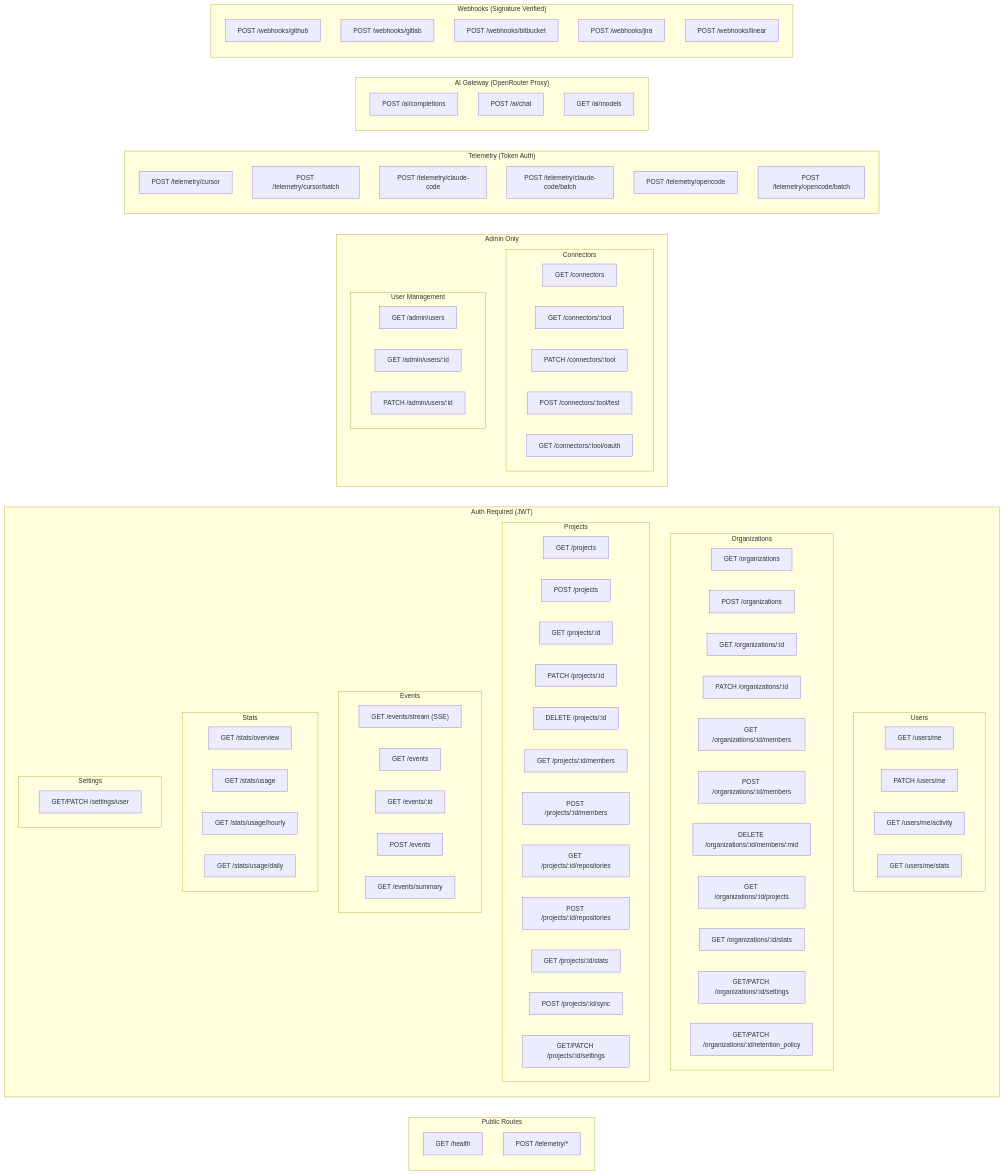
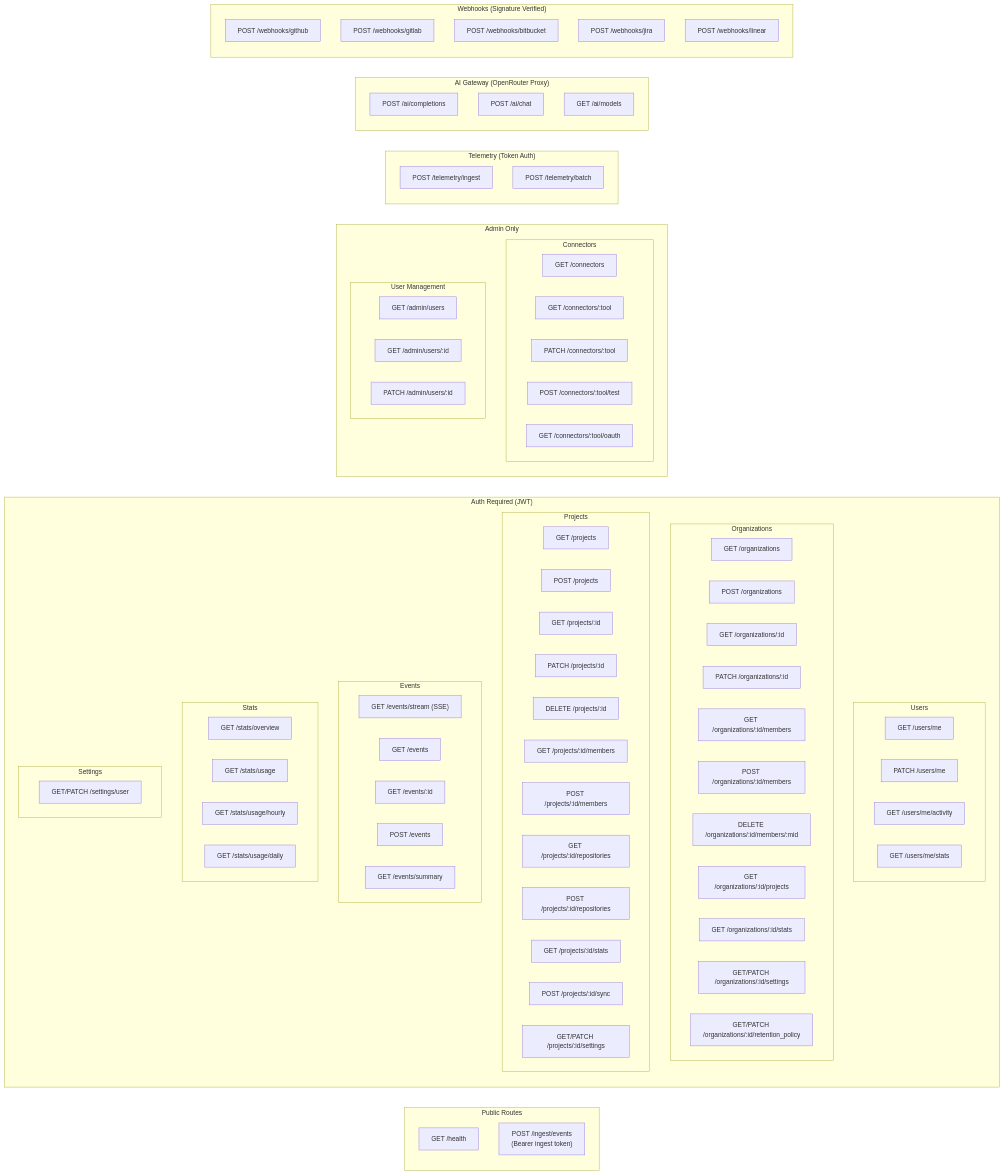
Before and after one commit to AixleHQ/insights: the eighth of 10 diagrams in architecture/architecture.md, drawn with Mermaid. The commit also changed other lines of this file, not shown here.

First line of the commit message:
docs: document @aixle/insights ingest package in architecture diagrams

```diff
--- a/architecture/architecture.md
+++ b/architecture/architecture.md
@@ -2199,7 +2215,7 @@
 flowchart LR
     subgraph Public["Public Routes"]
         Health["GET /health"]
-        TelemetryIngest["POST /telemetry/*"]
+        IngestEvents["POST /ingest/events<br/>(Bearer ingest token)"]
     end
 
     subgraph AuthRequired["Auth Required (JWT)"]
@@ -2276,12 +2292,8 @@
     end
 
     subgraph Telemetry["Telemetry (Token Auth)"]
-        TelemetryCursor["POST /telemetry/cursor"]
-        TelemetryCursorBatch["POST /telemetry/cursor/batch"]
-        TelemetryClaudeCode["POST /telemetry/claude-code"]
-        TelemetryClaudeCodeBatch["POST /telemetry/claude-code/batch"]
-        TelemetryOpenCode["POST /telemetry/opencode"]
-        TelemetryOpenCodeBatch["POST /telemetry/opencode/batch"]
+        TelemetryIngestRoute["POST /telemetry/ingest"]
+        TelemetryBatch["POST /telemetry/batch"]
     end
 
     subgraph AIGateway["AI Gateway (OpenRouter Proxy)"]
```
